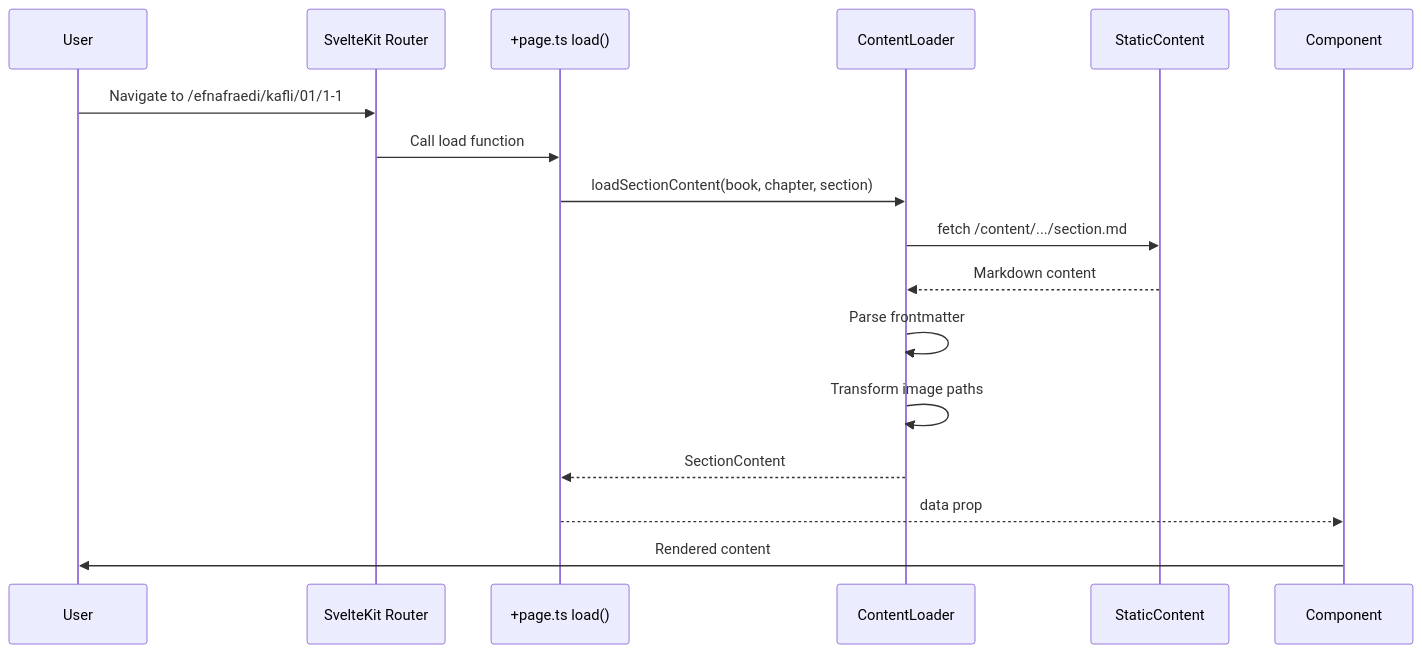
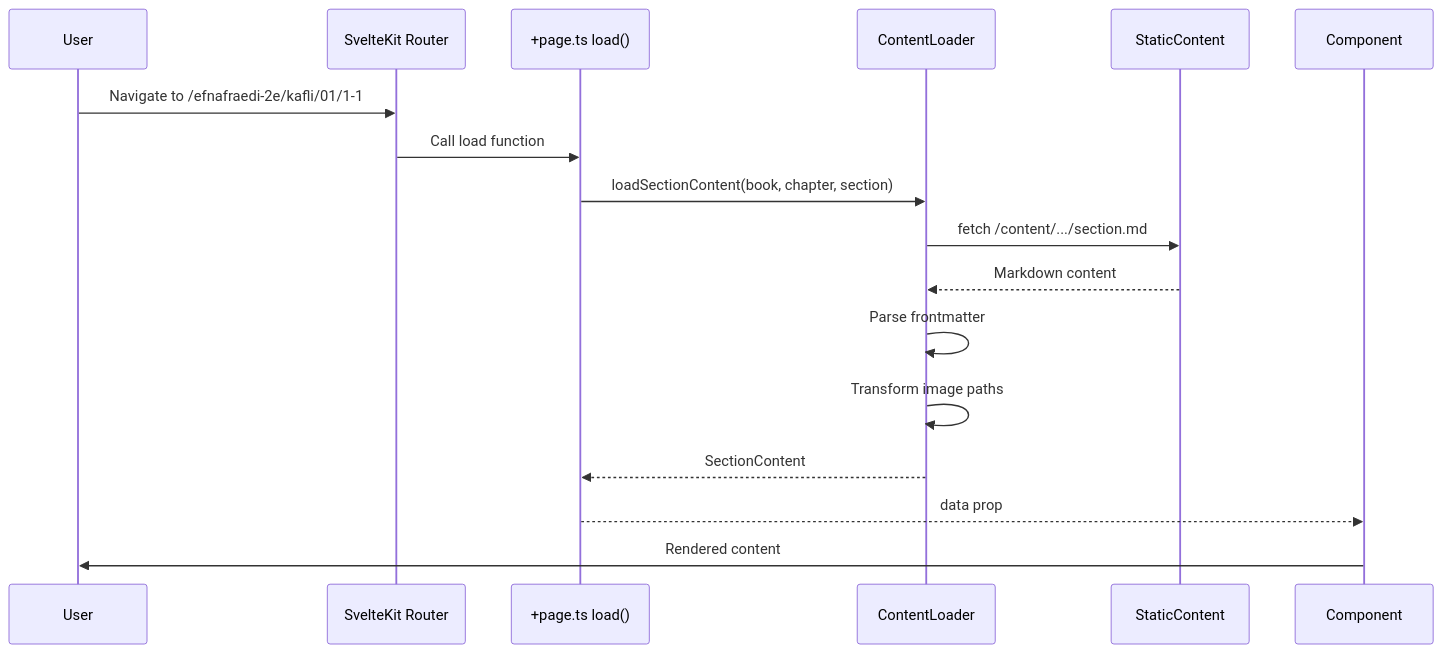
Before and after one commit to SigurdurVilhelmsson/namsbokasafn-vefur: the third of 5 diagrams in docs/reference/architecture.md, drawn with Mermaid. The commit also changed 28 other files, not shown here.

````diff
--- a/docs/reference/architecture.md
+++ b/docs/reference/architecture.md
@@ -151,20 +151,20 @@
 ```mermaid
 sequenceDiagram
     participant User
     participant Router as SvelteKit Router
     participant LoadFn as +page.ts load()
     participant ContentLoader
     participant StaticContent
     participant Component
 
-    User->>Router: Navigate to /efnafraedi/kafli/01/1-1
+    User->>Router: Navigate to /efnafraedi-2e/kafli/01/1-1
     Router->>LoadFn: Call load function
     LoadFn->>ContentLoader: loadSectionContent(book, chapter, section)
     ContentLoader->>StaticContent: fetch /content/.../section.md
     StaticContent-->>ContentLoader: Markdown content
     ContentLoader->>ContentLoader: Parse frontmatter
     ContentLoader->>ContentLoader: Transform image paths
     ContentLoader-->>LoadFn: SectionContent
     LoadFn-->>Component: data prop
     Component->>User: Rendered content
 ```
````
